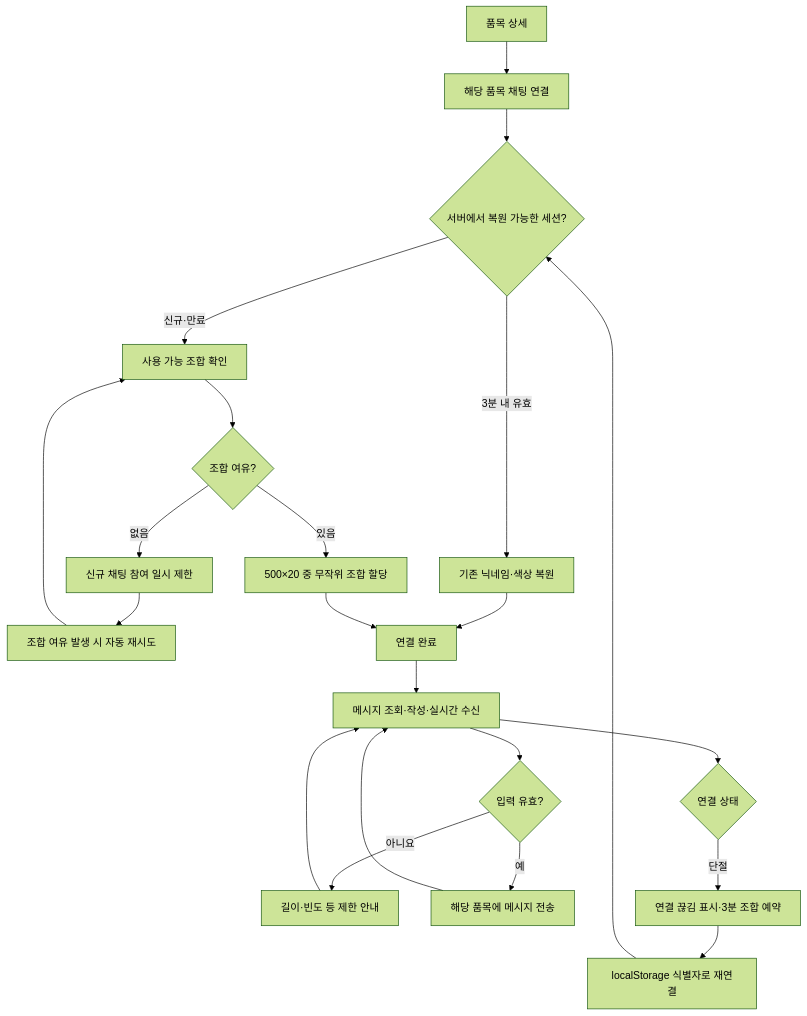
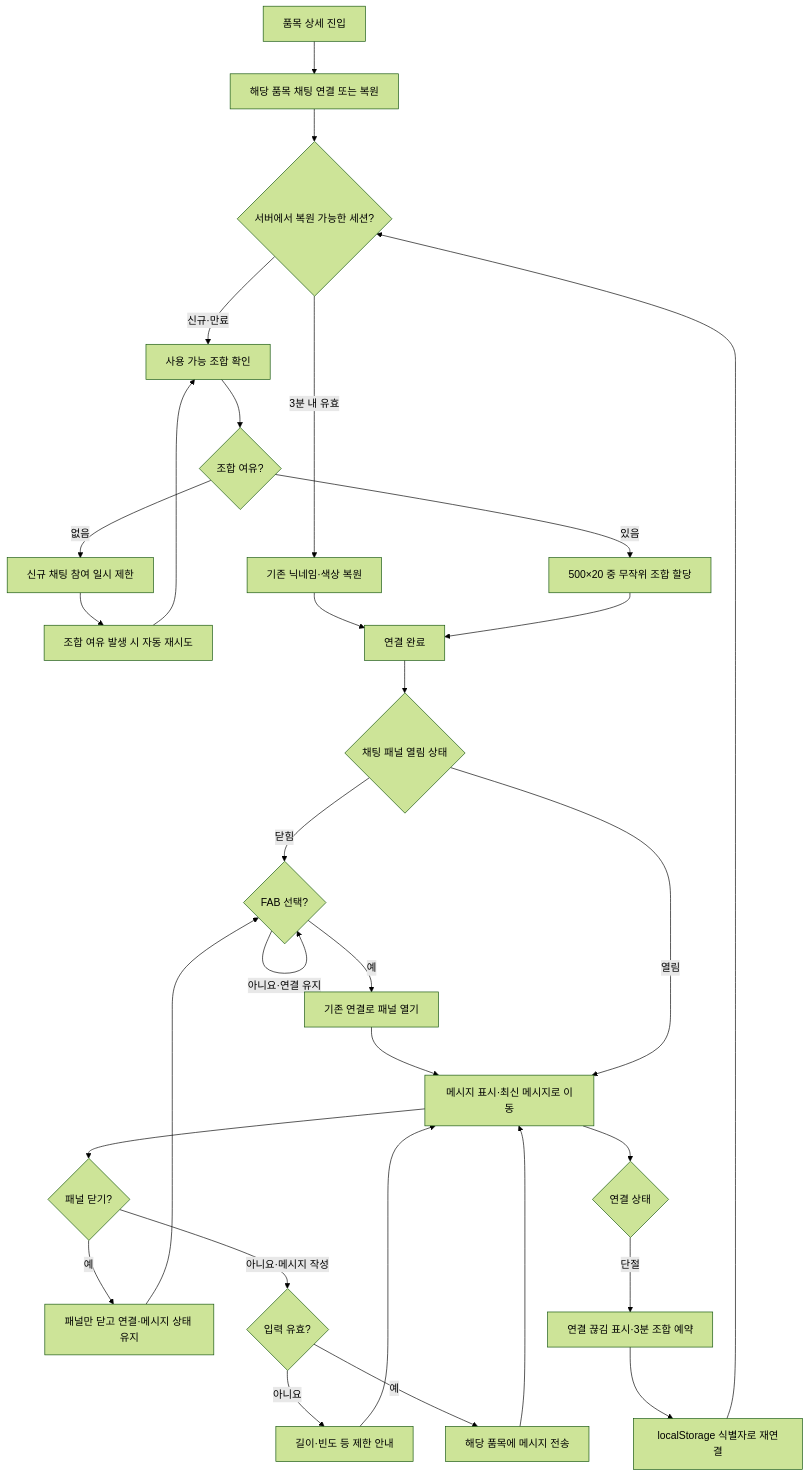
Before and after one commit to today-fish/today-fish-docs: the seventh of 7 diagrams in MVP/product/ux/UX-001-사용자-흐름-및-정보-구조.md, drawn with Mermaid (forest theme). The commit also changed other lines of this file and 5 other files, not shown here.

First line of the commit message:
docs: 실시간 채팅 FAB 전환 및 UX 문서 수정

````diff
--- a/MVP/product/ux/UX-001-사용자-흐름-및-정보-구조.md
+++ b/MVP/product/ux/UX-001-사용자-흐름-및-정보-구조.md
@@ -212,24 +214,32 @@
 ```mermaid
 flowchart TD
-    A["품목 상세"] --> B["해당 품목 채팅 연결"]
+    A["품목 상세 진입"] --> B["해당 품목 채팅 연결 또는 복원"]
     B --> C{"서버에서 복원 가능한 세션?"}
     C -->|3분 내 유효| D["기존 닉네임·색상 복원"]
     C -->|신규·만료| E["사용 가능 조합 확인"]
     E --> F{"조합 여유?"}
     F -->|있음| G["500×20 중 무작위 조합 할당"]
     F -->|없음| H["신규 채팅 참여 일시 제한"]
     H --> I["조합 여유 발생 시 자동 재시도"]
     I --> E
     D --> J["연결 완료"]
     G --> J
-    J --> K["메시지 조회·작성·실시간 수신"]
-    K --> L{"입력 유효?"}
-    L -->|아니요| M["길이·빈도 등 제한 안내"]
-    M --> K
-    L -->|예| N["해당 품목에 메시지 전송"]
-    N --> K
-    K --> O{"연결 상태"}
-    O -->|단절| P["연결 끊김 표시·3분 조합 예약"]
-    P --> Q["localStorage 식별자로 재연결"]
-    Q --> C
+    J --> CHATVIS{"채팅 패널 열림 상태"}
+    CHATVIS -->|닫힘| CHATFAB{"FAB 선택?"}
+    CHATFAB -->|아니요·연결 유지| CHATFAB
+    CHATFAB -->|예| CHATOPEN["기존 연결로 패널 열기"]
+    CHATOPEN --> CHATMSG["메시지 표시·최신 메시지로 이동"]
+    CHATVIS -->|열림| CHATMSG
+    CHATMSG --> CHATCLOSE{"패널 닫기?"}
+    CHATCLOSE -->|예| CHATCLOSED["패널만 닫고 연결·메시지 상태 유지"]
+    CHATCLOSED --> CHATFAB
+    CHATCLOSE -->|아니요·메시지 작성| CHATVALID{"입력 유효?"}
+    CHATVALID -->|아니요| CHATLIMIT["길이·빈도 등 제한 안내"]
+    CHATLIMIT --> CHATMSG
+    CHATVALID -->|예| CHATSEND["해당 품목에 메시지 전송"]
+    CHATSEND --> CHATMSG
+    CHATMSG --> CHATCONN{"연결 상태"}
+    CHATCONN -->|단절| CHATDROP["연결 끊김 표시·3분 조합 예약"]
+    CHATDROP --> CHATRETRY["localStorage 식별자로 재연결"]
+    CHATRETRY --> C
 ```
````
